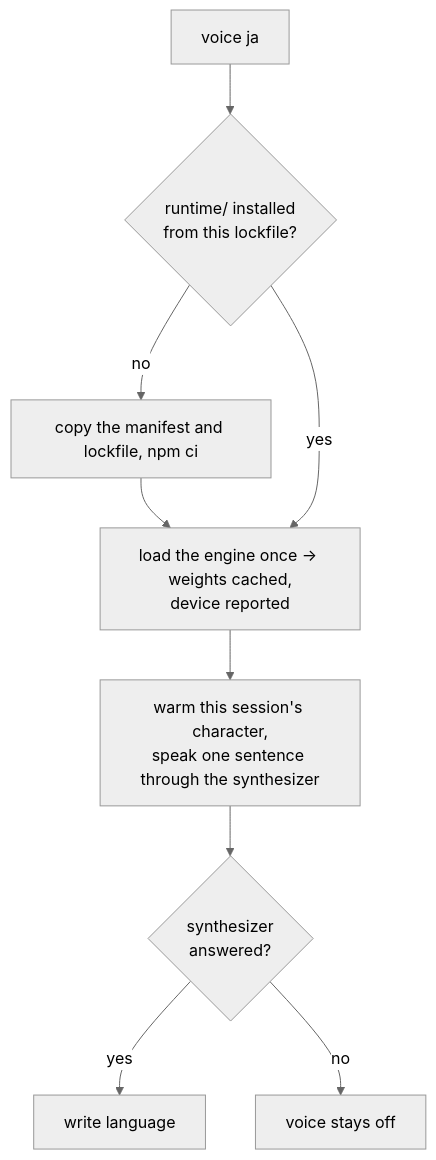
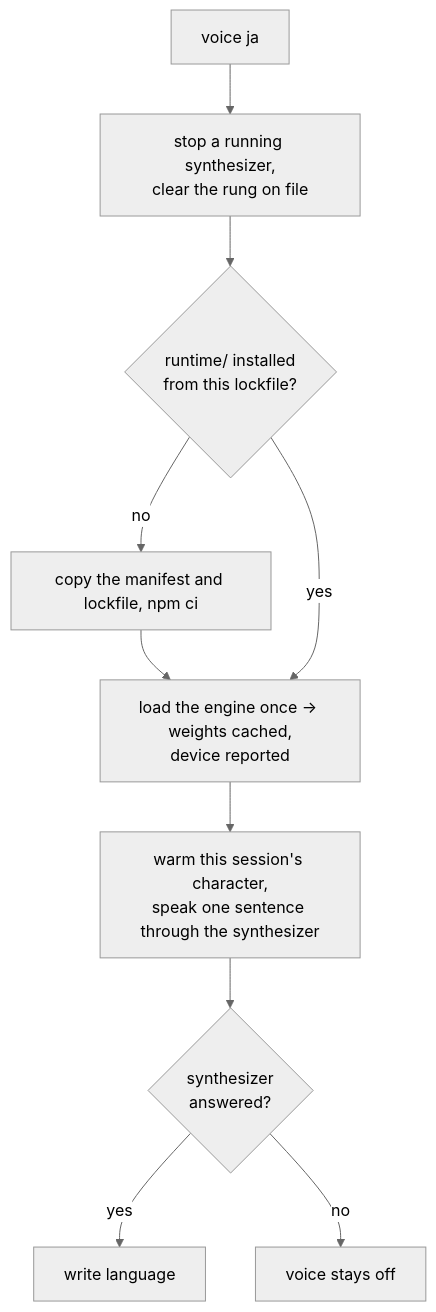
The second of 2 diagrams in apps/web/content/docs/infra/claude-interface/spoken-replies.md (Esposter/Esposter), drawn with Mermaid (neutral theme) before and after one commit. The commit also changed other lines of this file and 2 other files, not shown here.

Commit message:
chore(genshin-persona): the finishing audit — the rung test keeps the one case a caller reaches, the voice verb's first step is on its flowchart, and the plugin's process-boundary pattern is the error-handling skill's
`readVoiceDevice` already answers "" for a name the ladder does not carry, so the synthesizer's fallback to the top for one is a defence no caller exercises and its test case pinned an unreachable path; the case that stays is the rung named. The verb's flowchart gains the step its prose now states first — stop a running synthesizer, clear the rung on file — since a diagram is prose no sweep reads. The plugin's error-handling pattern the sweep judged is written into the skill that owns the rule, one bullet: a package with no `@esposter/shared` reads a rejection through a settled promise and terminates at the process boundary, which still writes what was lost before it exits.

Claude-Session: https://claude.ai/code/session_013pSjLqo7L3aovN4NQ1Z2CX

````diff
--- a/apps/web/content/docs/infra/claude-interface/spoken-replies.md
+++ b/apps/web/content/docs/infra/claude-interface/spoken-replies.md
@@ -82,18 +82,19 @@
 ```mermaid
 flowchart TD
     Verb["voice ja"]
+    Clear["stop a running synthesizer,<br/>clear the rung on file"]
     Runtime{"runtime/ installed<br/>from this lockfile?"}
     Install["copy the manifest and lockfile, npm ci"]
     Load["load the engine once → weights cached,<br/>device reported"]
     Proof["warm this session's character,<br/>speak one sentence through the synthesizer"]
     Spoke{"synthesizer<br/>answered?"}
     Language["write language"]
     Off["voice stays off"]
 
-    Verb --> Runtime
+    Verb --> Clear --> Runtime
     Runtime -- no --> Install --> Load
     Runtime -- yes --> Load
     Load --> Proof --> Spoke
     Spoke -- yes --> Language
     Spoke -- no --> Off
 ```
````
